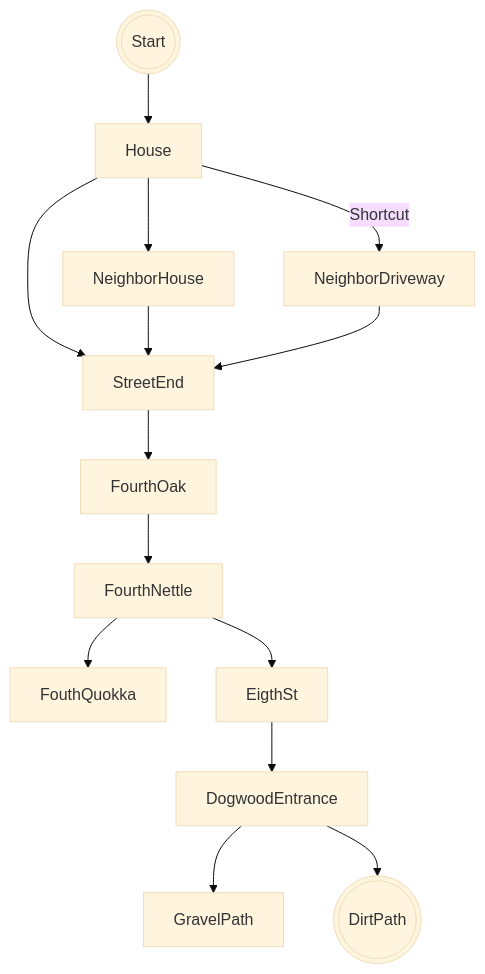
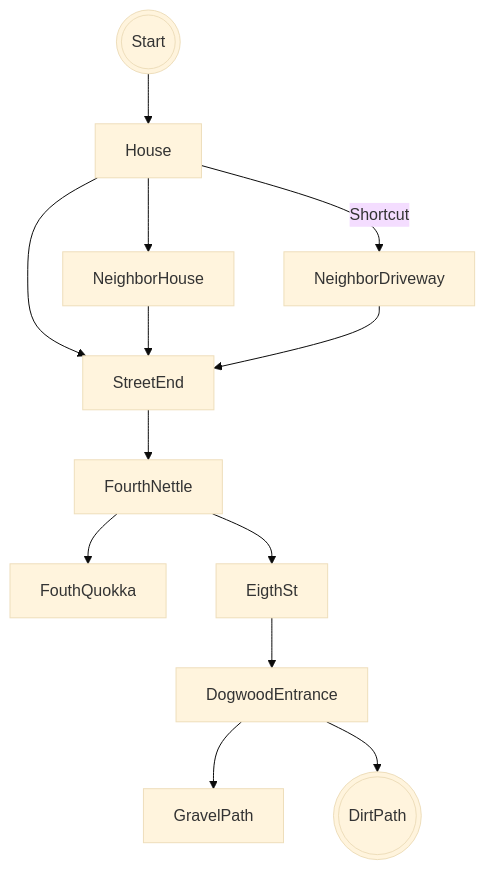
The diagram in projects/game/README.md (MRC8git/MRC8git.github.io), drawn with Mermaid (base theme) before and after one commit.

Commit message:
realized a location was duplicated on map

````diff
--- a/projects/game/README.md
+++ b/projects/game/README.md
@@ -9,16 +9,15 @@
 ```mermaid
 graph TD;
     Start(((Start)))-->House;
     House--> NeighborHouse;
     House-->StreetEnd;
     House-->|Shortcut|NeighborDriveway;
     NeighborHouse-->StreetEnd
     NeighborDriveway-->StreetEnd;
-    StreetEnd-->FourthOak;
-    FourthOak-->FourthNettle;
+    StreetEnd-->FourthNettle;
     FourthNettle-->FouthQuokka;
     FourthNettle-->EigthSt;
     EigthSt-->DogwoodEntrance;
     DogwoodEntrance-->GravelPath;
     DogwoodEntrance-->DirtPath(((DirtPath)));
 ```
````
